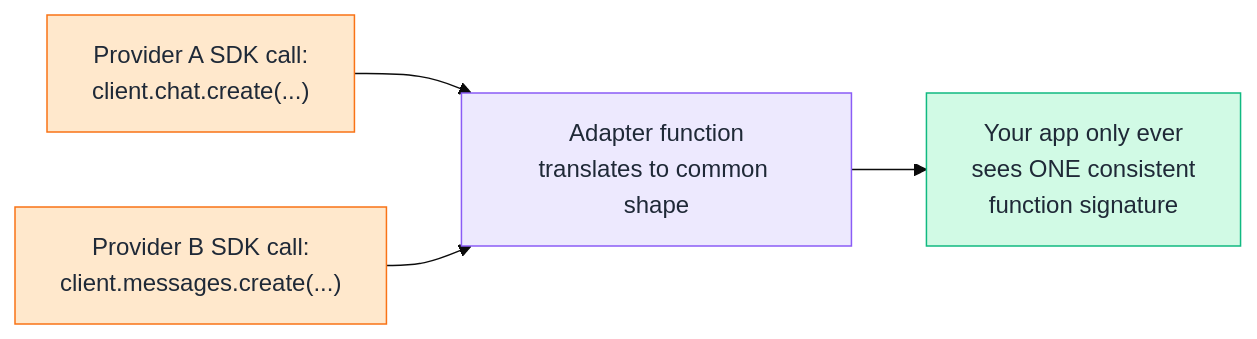
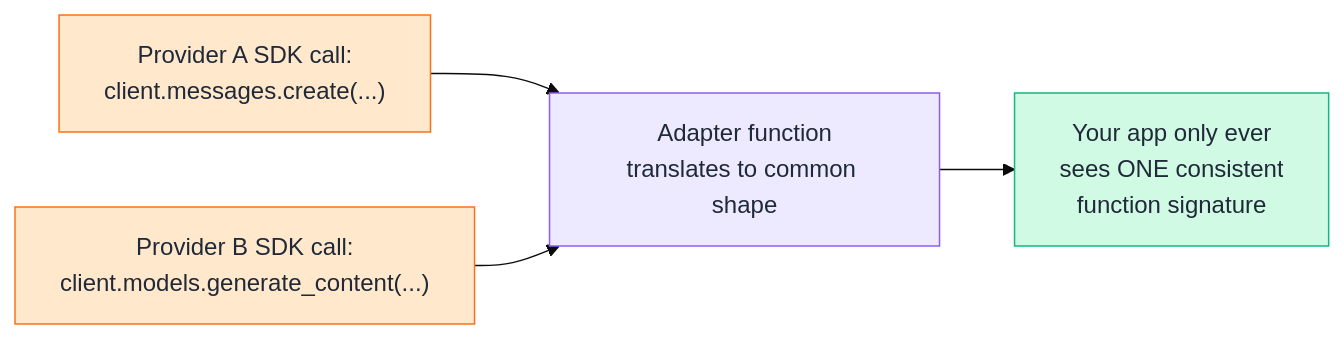
The second of 7 diagrams in Week 1 — LLM & GenAI Foundations/Day 5 — Provider Agnostic Integration Basics.md (saghosh8/AI-For-DevOps), drawn with Mermaid (base theme) before and after one commit. The commit also changed other lines of this file, not shown here.

Commit message:
Update Day 5 — Provider Agnostic Integration Basics.md

````diff
--- a/Week 1 — LLM & GenAI Foundations/Day 5 — Provider Agnostic Integration Basics.md
+++ b/Week 1 — LLM & GenAI Foundations/Day 5 — Provider Agnostic Integration Basics.md
@@ -75,15 +75,15 @@
 ```mermaid
 flowchart LR
-    A["Provider A SDK call:\nclient.chat.create(...)"] --> C["Adapter function\ntranslates to common shape"]
-    B["Provider B SDK call:\nclient.messages.create(...)"] --> C
+    A["Provider A SDK call:\nclient.messages.create(...)"] --> C["Adapter function\ntranslates to common shape"]
+    B["Provider B SDK call:\nclient.models.generate_content(...)"] --> C
     C --> D["Your app only ever\nsees ONE consistent\nfunction signature"]
 
     classDef orange fill:#FFE8CC,stroke:#F97316,color:#1F2937
     classDef purple fill:#EDE9FE,stroke:#8B5CF6,color:#1F2937
     classDef green fill:#D1FAE5,stroke:#10B981,color:#1F2937
 
     class A orange
     class B orange
     class C purple
     class D green
 ```
````
